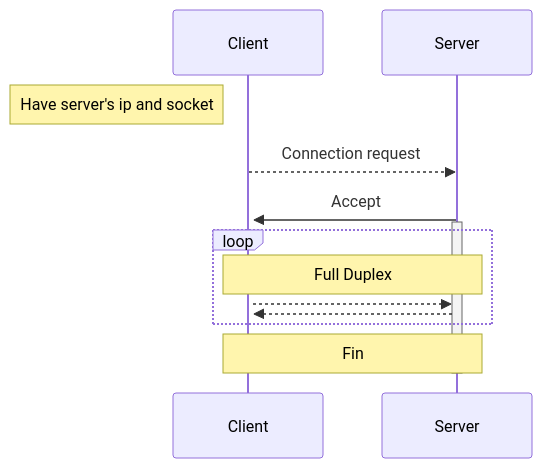
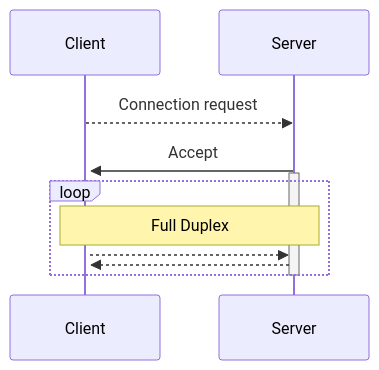
One commit to hdoo42/Ronna-Burning-OpenStack changed the diagram in docs/source/rpc.rst. Above: the diagram before and after it, drawn with Mermaid. The commit also changed other lines of this file and 7 other files, not shown here.

```diff
--- a/docs/source/rpc.rst
+++ b/docs/source/rpc.rst
@@ -26,14 +26,14 @@
 .. mermaid::
     
     sequenceDiagram
-        Note left of Client: Have server's ip and socket
+      
         Client-->>Server: Connection request
         Server->>+Client: Accept
         activate Server
         loop
             Note over Client, Server: Full Duplex
             Client-->>Server:
             Server-->>Client:
         end
-        Note over Client, Server: Fin
+  
         deactivate Server
```
